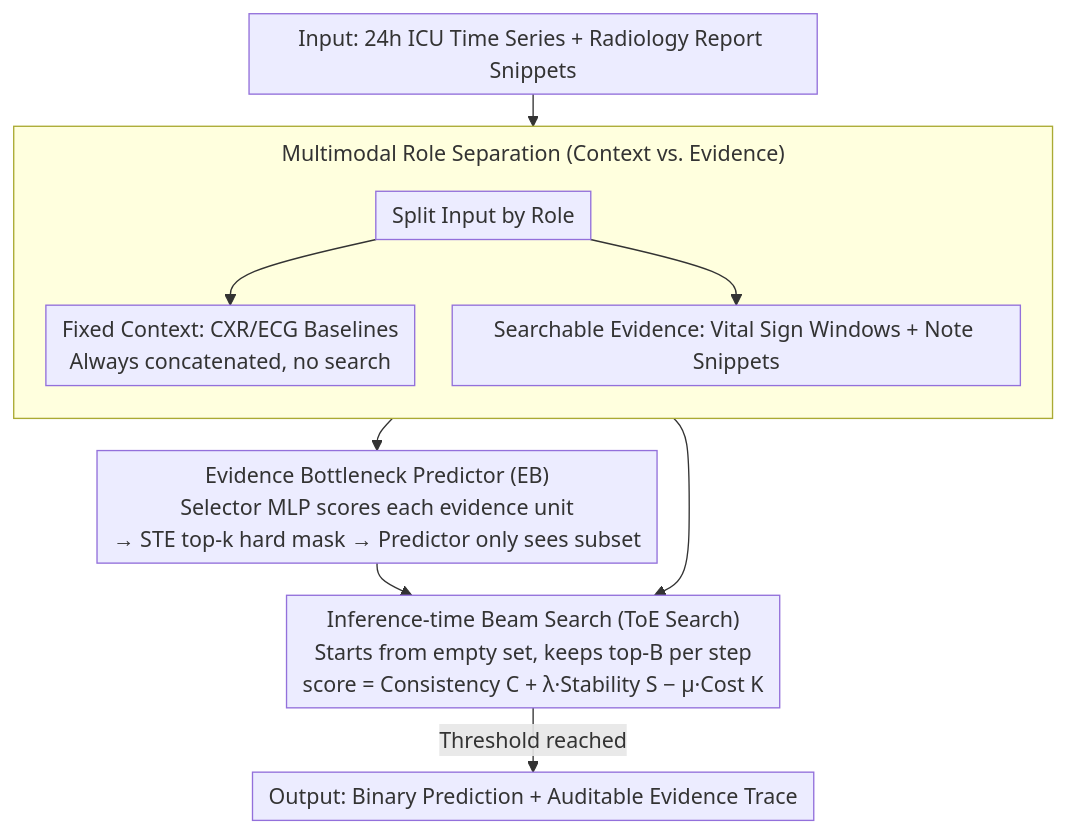
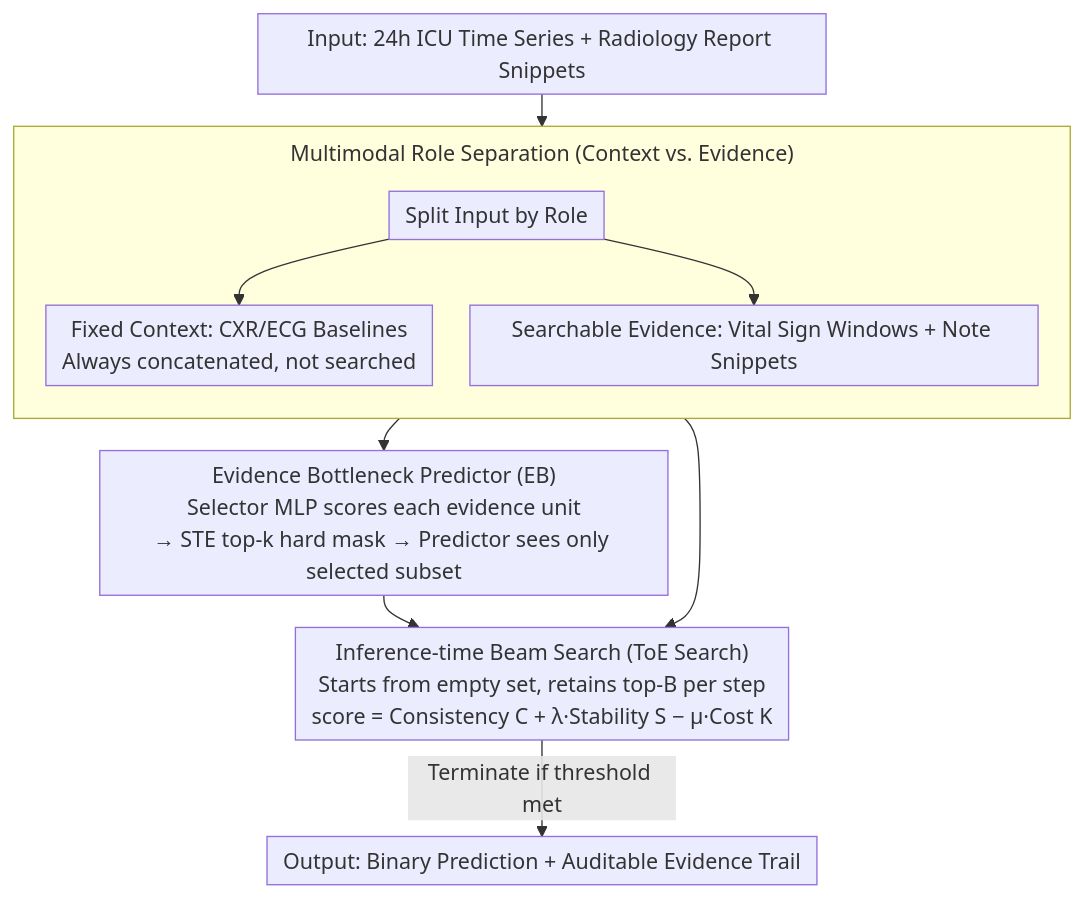
One commit to zhaoyang97/Paper-Notes-en changed the diagram in docs/ACL2026/multimodal_vlm/tree-of-evidence_efficient_34system_234_search_for_faithful_multimodal_grounding.md. Above: the diagram before and after it, drawn with Mermaid. The commit also changed other lines of this file and 5084 other files, not shown here.

````diff
--- a/docs/ACL2026/multimodal_vlm/tree-of-evidence_efficient_34system_234_search_for_faithful_multimodal_grounding.md
+++ b/docs/ACL2026/multimodal_vlm/tree-of-evidence_efficient_34system_234_search_for_faithful_multimodal_grounding.md
@@ -44,14 +44,14 @@
 ```mermaid
 %%{init: {'flowchart': {'rankSpacing': 24, 'nodeSpacing': 28, 'padding': 6, 'wrappingWidth': 400, 'subGraphTitleMargin': {'top': 8, 'bottom': 16}}}}%%
 flowchart TD
     A["Input: 24h ICU Time Series + Radiology Report Snippets"] --> B["Split Input by Role"]
     subgraph SEP["Multimodal Role Separation (Context vs. Evidence)"]
         direction TB
-        B --> C["Fixed Context: CXR/ECG Baselines<br/>Always concatenated, no search"]
+        B --> C["Fixed Context: CXR/ECG Baselines<br/>Always concatenated, not searched"]
         B --> D["Searchable Evidence: Vital Sign Windows + Note Snippets"]
     end
-    D --> E["Evidence Bottleneck Predictor (EB)<br/>Selector MLP scores each evidence unit<br/>→ STE top-k hard mask → Predictor only sees subset"]
-    E --> F["Inference-time Beam Search (ToE Search)<br/>Starts from empty set, keeps top-B per step<br/>score = Consistency C + λ·Stability S − μ·Cost K"]
+    D --> E["Evidence Bottleneck Predictor (EB)<br/>Selector MLP scores each evidence unit<br/>→ STE top-k hard mask → Predictor sees only selected subset"]
+    E --> F["Inference-time Beam Search (ToE Search)<br/>Starts from empty set, retains top-B per step<br/>score = Consistency C + λ·Stability S − μ·Cost K"]
     C --> F
-    F -->|Threshold reached| G["Output: Binary Prediction + Auditable Evidence Trace"]
+    F -->|Terminate if threshold met| G["Output: Binary Prediction + Auditable Evidence Trail"]
 ```
````
